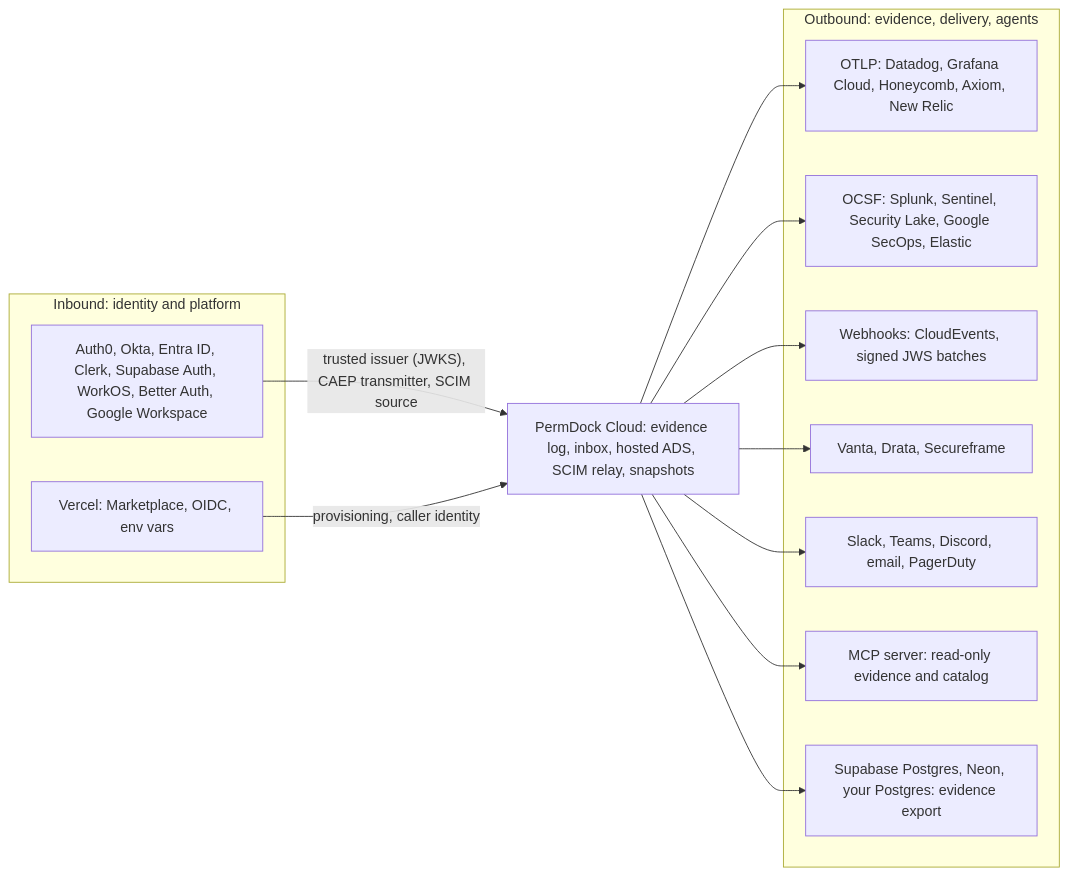
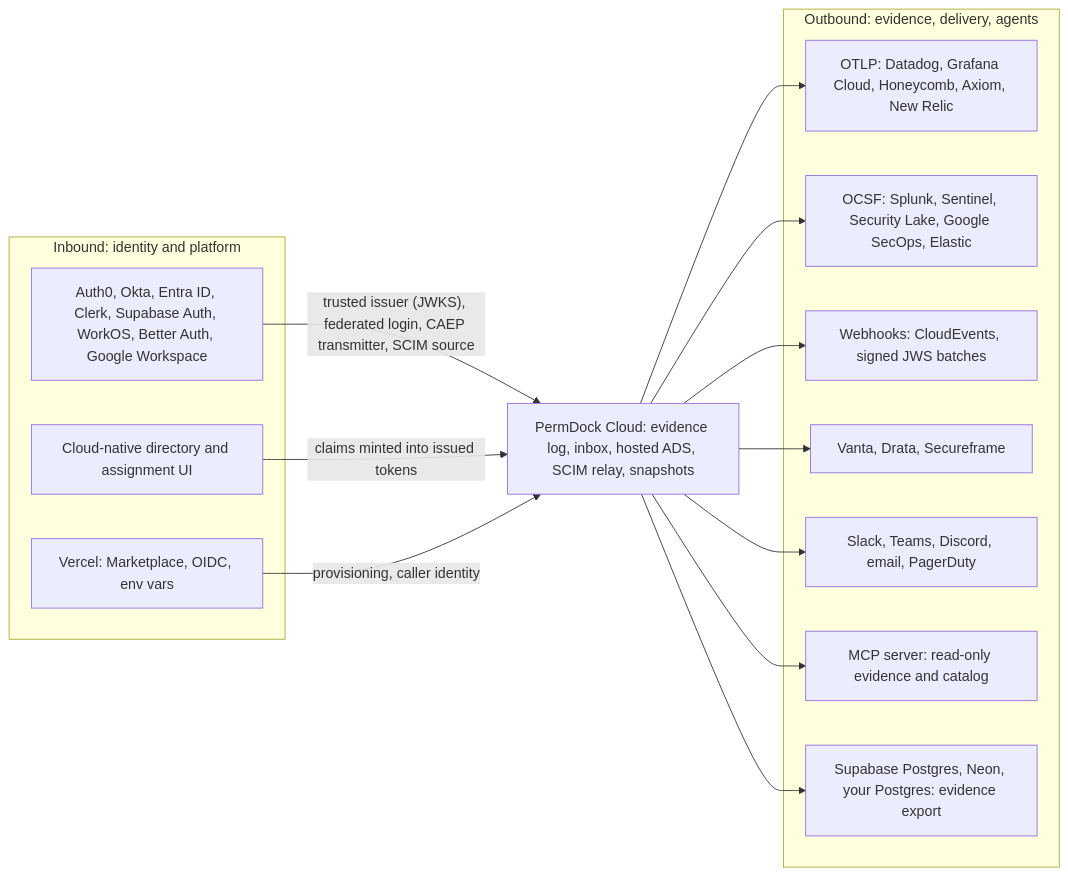
The diagram in apps/docs/content/docs/adapters/cloud-integrations.mdx (ScaleDockHQ/permdock), drawn with Mermaid before and after one commit. The commit also changed other lines of this file and 329 other files, not shown here.

````diff
--- a/apps/docs/content/docs/adapters/cloud-integrations.mdx
+++ b/apps/docs/content/docs/adapters/cloud-integrations.mdx
@@ -14,26 +12,28 @@
 ```mermaid
 flowchart LR
   subgraph inbound [Inbound: identity and platform]
     Idp["Auth0, Okta, Entra ID, Clerk, Supabase Auth, WorkOS, Better Auth, Google Workspace"]
+    NativeDir["Cloud-native directory and assignment UI"]
     Vercel["Vercel: Marketplace, OIDC, env vars"]
   end
   Cloud["PermDock Cloud: evidence log, inbox, hosted ADS, SCIM relay, snapshots"]
   subgraph outbound [Outbound: evidence, delivery, agents]
     Otel["OTLP: Datadog, Grafana Cloud, Honeycomb, Axiom, New Relic"]
     Siem["OCSF: Splunk, Sentinel, Security Lake, Google SecOps, Elastic"]
     Hooks["Webhooks: CloudEvents, signed JWS batches"]
     Compliance["Vanta, Drata, Secureframe"]
     Chat["Slack, Teams, Discord, email, PagerDuty"]
     Mcp["MCP server: read-only evidence and catalog"]
     Db["Supabase Postgres, Neon, your Postgres: evidence export"]
   end
-  Idp -->|"trusted issuer (JWKS), CAEP transmitter, SCIM source"| Cloud
+  Idp -->|"trusted issuer (JWKS), federated login, CAEP transmitter, SCIM source"| Cloud
+  NativeDir -->|"claims minted into issued tokens"| Cloud
   Vercel -->|"provisioning, caller identity"| Cloud
   Cloud --> Otel
   Cloud --> Siem
   Cloud --> Hooks
   Cloud --> Compliance
   Cloud --> Chat
   Cloud --> Mcp
   Cloud --> Db
 ```
````
